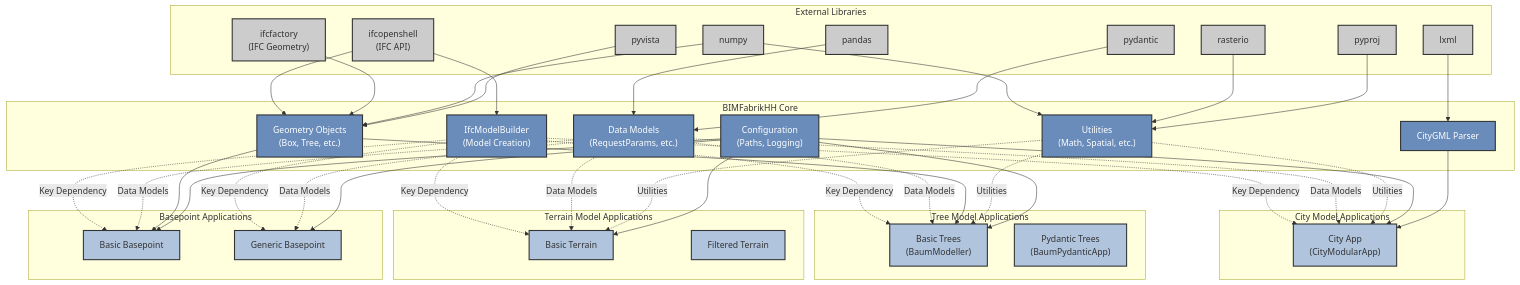
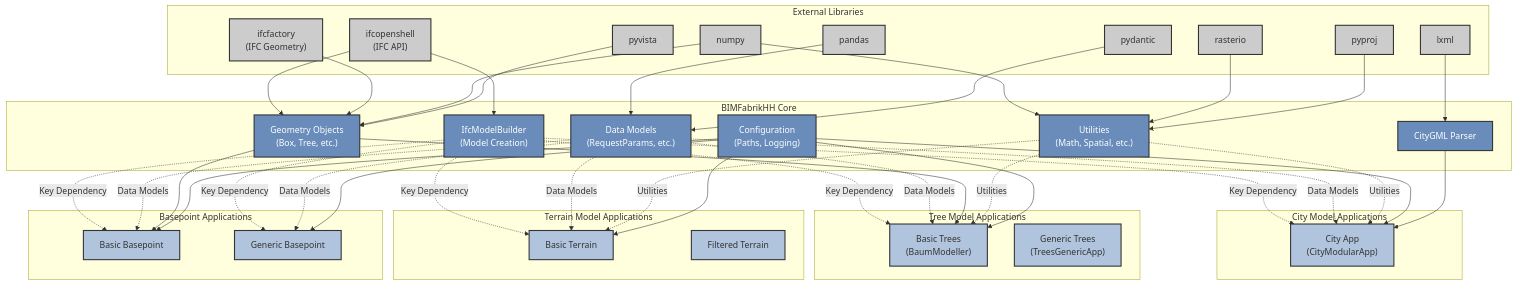
The diagram in README.md (LGV-BIM-Leitstelle/BIMFabrikHH_core), drawn with Mermaid before and after one commit. The commit also changed other lines of this file and 15 other files, not shown here.

Commit message:
Refactor tree modeling examples to replace PydanticApp with TreesGenericApp, update documentation, and remove obsolete benchmarking scripts.

````diff
--- a/README.md
+++ b/README.md
@@ -140,7 +140,7 @@
     
     subgraph tree_apps ["Tree Model Applications"]
         trees_basic["Basic Trees<br/>(BaumModeller)"]
-        trees_pydantic["Pydantic Trees<br/>(BaumPydanticApp)"]
+        trees_generic["Generic Trees<br/>(TreesGenericApp)"]
     end
     
     subgraph terrain_apps ["Terrain Model Applications"]
@@ -206,5 +206,5 @@
     
     class ifcopenshell,ifcfactory,numpy,pandas,pydantic,pyvista,rasterio,pyproj,lxml externalStyle
     class ifc_modelbuilder,geometry,data_models,utils,city_parser,config coreStyle
-    class city_app,trees_basic,trees_pydantic,terrain_basic,terrain_filtered,basepoint_basic,basepoint_generic appStyle
+    class city_app,trees_basic,trees_generic,terrain_basic,terrain_filtered,basepoint_basic,basepoint_generic appStyle
 ```
````
